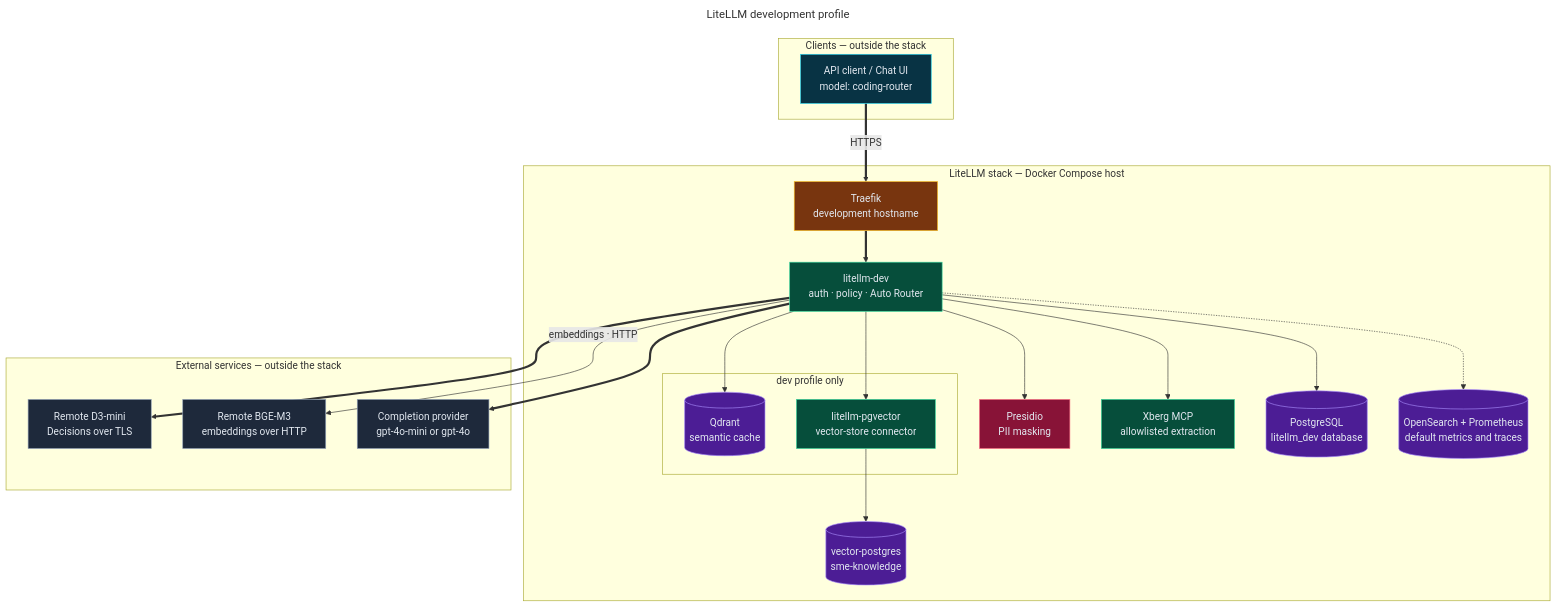
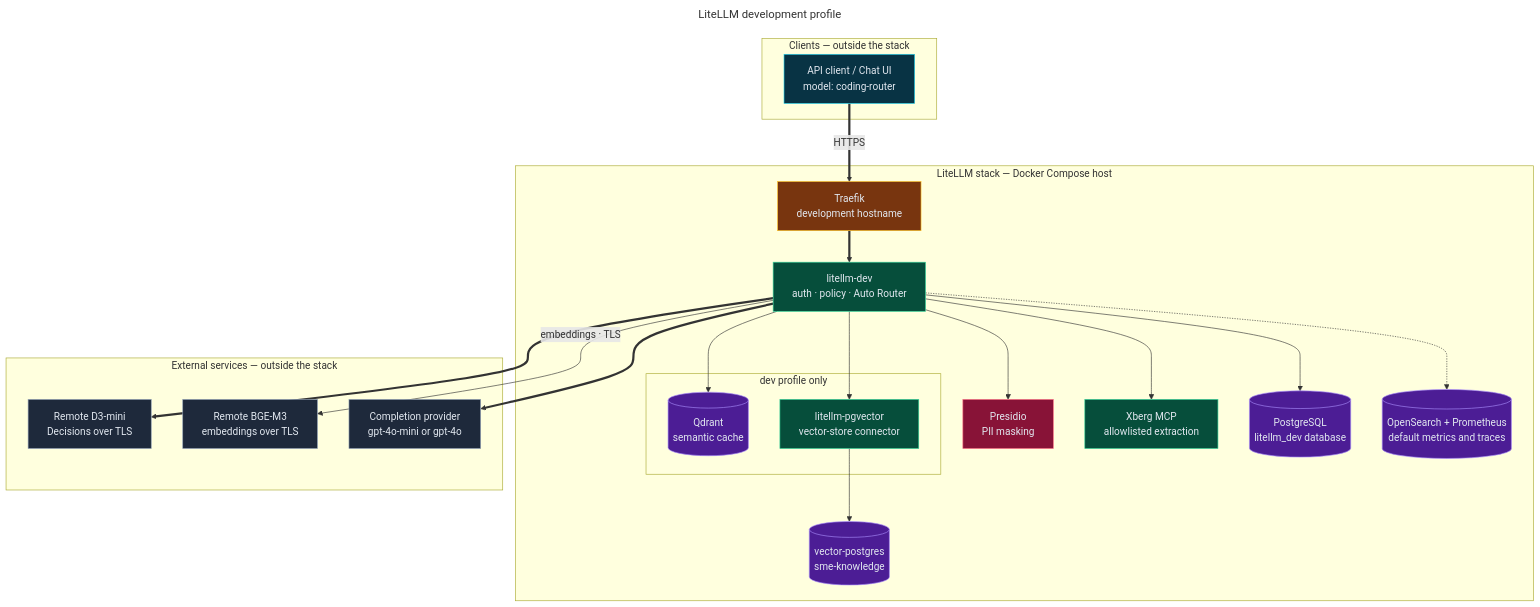
Before and after one commit to bella-1337/effective-spoon: the diagram in diagrams/22-dev-profile.mmd, drawn with Mermaid. The commit also changed 25 other files, not shown here.

First line of the commit message:
Put both GPU host models behind mkcert TLS and trust it from LiteLLM

```diff
--- a/diagrams/22-dev-profile.mmd
+++ b/diagrams/22-dev-profile.mmd
@@ -1,63 +1,63 @@
 ---
 title: LiteLLM development profile
 ---
 flowchart TD
   %% Source for 22-dev-profile.html. Edit this file, then run ./scripts/render-diagrams.py.
   %% Directives: docs in diagrams/README.md (Updating diagrams).
   %% @mode architecture
-  %% @subtitle litellm-dev owns client policy; the remote GPU host serves D3-mini coding-tier decisions over TLS and BGE-M3 embeddings over plain HTTP
+  %% @subtitle litellm-dev owns client policy; the remote GPU host serves D3-mini coding-tier decisions and BGE-M3 embeddings over TLS
   %% @card cyan | Request path | Clients and the beta Chat UI use the development hostname | litellm-dev authenticates, applies policy, and runs the Auto Router | D3-mini returns a tier; the completion goes to gpt-4o-mini or gpt-4o
   %% @card violet | Dev-only services | Remote BGE-M3 embeds for the semantic cache, tool filter, and pgvector | Qdrant holds the opt-in semantic cache on tmpfs | litellm-pgvector serves the sme-knowledge store
-  %% @card rose | Boundaries | Embeddings never pass through D3-mini; the BGE-M3 link is plain HTTP on a private network | Xberg egress is limited by the Squid allowlist | Do not expose the dev profile or its debug logs to untrusted users
+  %% @card rose | Boundaries | Embeddings never pass through D3-mini; both GPU-host links use TLS from its mkcert CA | Xberg egress is limited by the Squid allowlist | Do not expose the dev profile or its debug logs to untrusted users
   %% @tier 0: API
   %% @tier 1: TR
   %% @tier 2: LD
   %% @tier 3: QD CON
   %% @tier 4: PR XB PG VP
   %% @tier 5: OBS
   %% @tier 6: D3 BGE OAI
   %% @journey #22d3ee: API TR LD D3
   %% @journey #34d399: LD OAI
   %% @journey #a78bfa: LD CON VP
 
   subgraph CL["Clients — outside the stack"]
     API["API client / Chat UI<br/>model: coding-router"]:::frontend
   end
   subgraph ST["LiteLLM stack — Docker Compose host"]
     TR["Traefik<br/>development hostname"]:::cloud
     LD["litellm-dev<br/>auth · policy · Auto Router"]:::backend
     subgraph DEV["dev profile only"]
       QD[("Qdrant<br/>semantic cache")]:::database
       CON["litellm-pgvector<br/>vector-store connector"]:::backend
     end
     PR["Presidio<br/>PII masking"]:::security
     XB["Xberg MCP<br/>allowlisted extraction"]:::backend
     PG[("PostgreSQL<br/>litellm_dev database")]:::database
     VP[("vector-postgres<br/>sme-knowledge")]:::database
     OBS[("OpenSearch + Prometheus<br/>default metrics and traces")]:::database
   end
   subgraph EX["External services — outside the stack"]
     D3["Remote D3-mini<br/>Decisions over TLS"]:::external
-    BGE["Remote BGE-M3<br/>embeddings over HTTP"]:::external
+    BGE["Remote BGE-M3<br/>embeddings over TLS"]:::external
     OAI["Completion provider<br/>gpt-4o-mini or gpt-4o"]:::external
   end
 
   API ==>|"HTTPS"| TR
   TR ==> LD
-  LD -->|"embeddings · HTTP"| BGE
+  LD -->|"embeddings · TLS"| BGE
   LD --> QD
   LD --> CON
   CON --> VP
   LD --> PR
   LD --> XB
   LD --> PG
   LD -.-> OBS
   LD ==> D3
   LD ==> OAI
 
   classDef backend fill:#064e3b,stroke:#34d399,color:#e2e8f0
   classDef cloud fill:#78350f,stroke:#fbbf24,color:#e2e8f0
   classDef database fill:#4c1d95,stroke:#a78bfa,color:#e2e8f0
   classDef external fill:#1e293b,stroke:#94a3b8,color:#e2e8f0
   classDef frontend fill:#083344,stroke:#22d3ee,color:#e2e8f0
   classDef security fill:#881337,stroke:#fb7185,color:#e2e8f0
```
